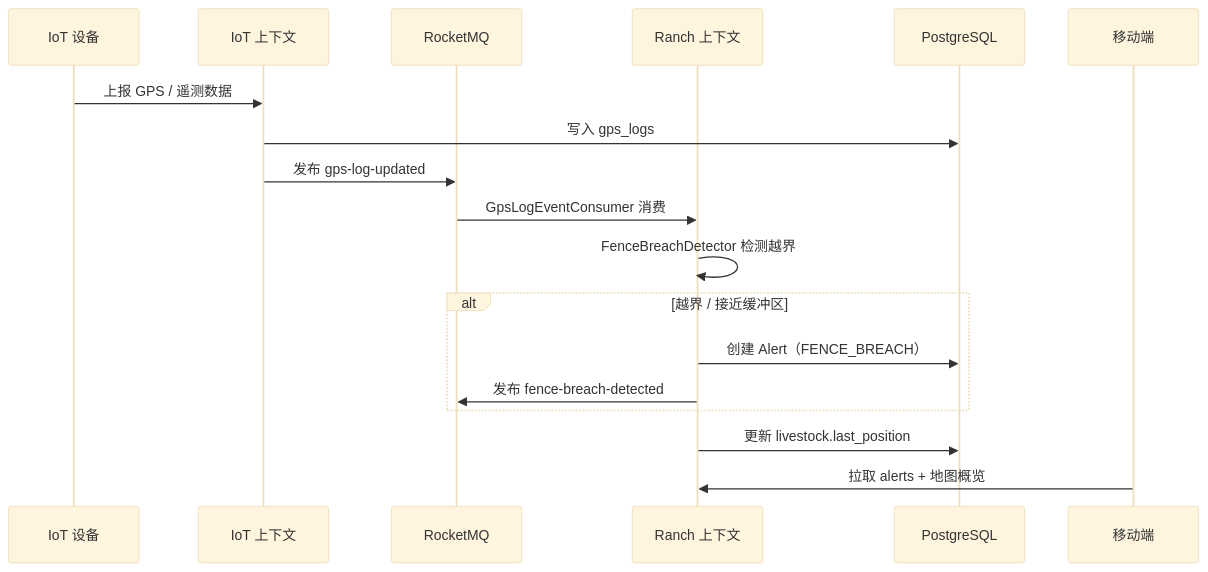
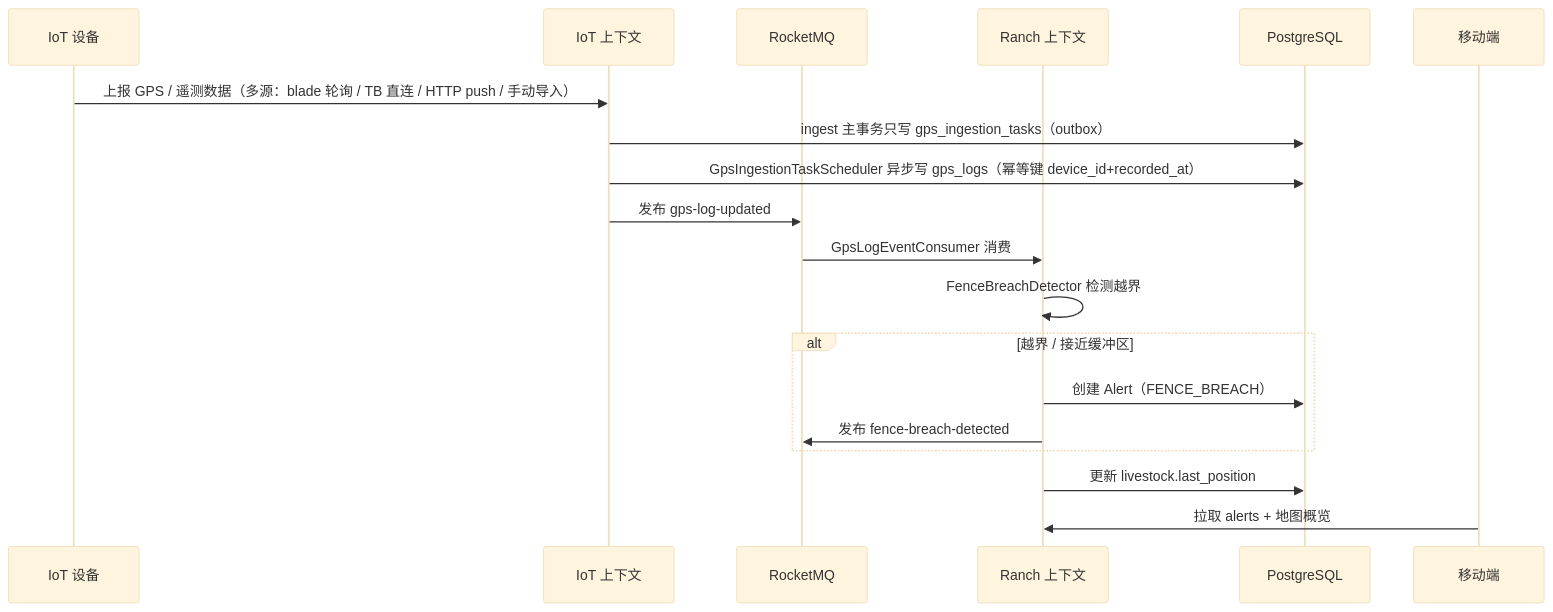
The second of 17 diagrams in docs/product/system-architecture.md (aime4eve/smart-livestock), drawn with Mermaid (base theme) before and after one commit. The commit also changed other lines of this file and 6 other files, not shown here.

````diff
--- a/docs/product/system-architecture.md
+++ b/docs/product/system-architecture.md
@@ -143,21 +162,22 @@
 ```mermaid
 sequenceDiagram
     participant DEV as IoT 设备
     participant IOT as IoT 上下文
     participant MQ as RocketMQ
     participant RANCH as Ranch 上下文
     participant DB as PostgreSQL
     participant APP as 移动端
 
-    DEV->>IOT: 上报 GPS / 遥测数据
-    IOT->>DB: 写入 gps_logs
+    DEV->>IOT: 上报 GPS / 遥测数据（多源：blade 轮询 / TB 直连 / HTTP push / 手动导入）
+    IOT->>DB: ingest 主事务只写 gps_ingestion_tasks（outbox）
+    IOT->>DB: GpsIngestionTaskScheduler 异步写 gps_logs（幂等键 device_id+recorded_at）
     IOT->>MQ: 发布 gps-log-updated
     MQ->>RANCH: GpsLogEventConsumer 消费
     RANCH->>RANCH: FenceBreachDetector 检测越界
     alt 越界 / 接近缓冲区
         RANCH->>DB: 创建 Alert（FENCE_BREACH）
         RANCH->>MQ: 发布 fence-breach-detected
     end
     RANCH->>DB: 更新 livestock.last_position
     APP->>RANCH: 拉取 alerts + 地图概览
 ```
````
